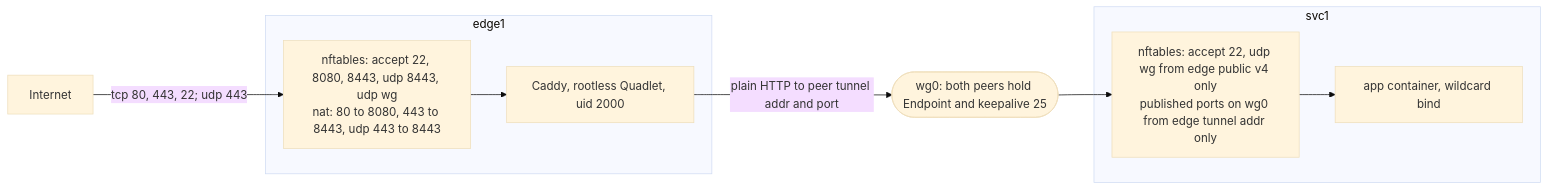
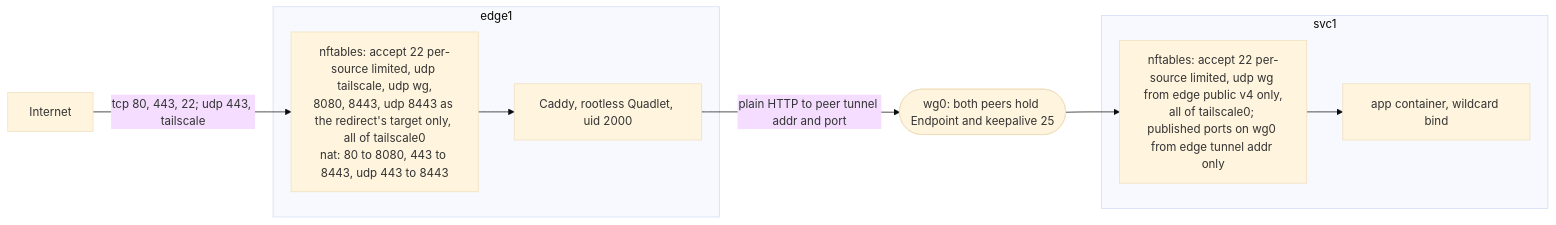
The first of 4 diagrams in docs/runbook.md (aryonoco/deerlab), drawn with Mermaid (base theme) before and after one commit. The commit also changed other lines of this file, not shown here.

````diff
--- a/docs/runbook.md
+++ b/docs/runbook.md
@@ -55,17 +55,17 @@
 ```mermaid
 flowchart LR
   net["Internet"]
   subgraph edge1
-    nft1["nftables: accept 22, 8080, 8443, udp 8443, udp wg<br/>nat: 80 to 8080, 443 to 8443, udp 443 to 8443"]
+    nft1["nftables: accept 22 per-source limited, udp tailscale, udp wg,<br/>8080, 8443, udp 8443 as the redirect's target only, all of tailscale0<br/>nat: 80 to 8080, 443 to 8443, udp 443 to 8443"]
     caddy["Caddy, rootless Quadlet, uid 2000"]
   end
   subgraph svc1
-    nft2["nftables: accept 22, udp wg from edge public v4 only<br/>published ports on wg0 from edge tunnel addr only"]
+    nft2["nftables: accept 22 per-source limited, udp wg from edge public v4 only,<br/>all of tailscale0; published ports on wg0 from edge tunnel addr only"]
     app["app container, wildcard bind"]
   end
-  net -->|"tcp 80, 443, 22; udp 443"| nft1
+  net -->|"tcp 80, 443, 22; udp 443, tailscale"| nft1
   nft1 --> caddy
   caddy -->|"plain HTTP to peer tunnel addr and port"| wg(["wg0: both peers hold Endpoint and keepalive 25"])
   wg --> nft2
   nft2 --> app
 ```
````
